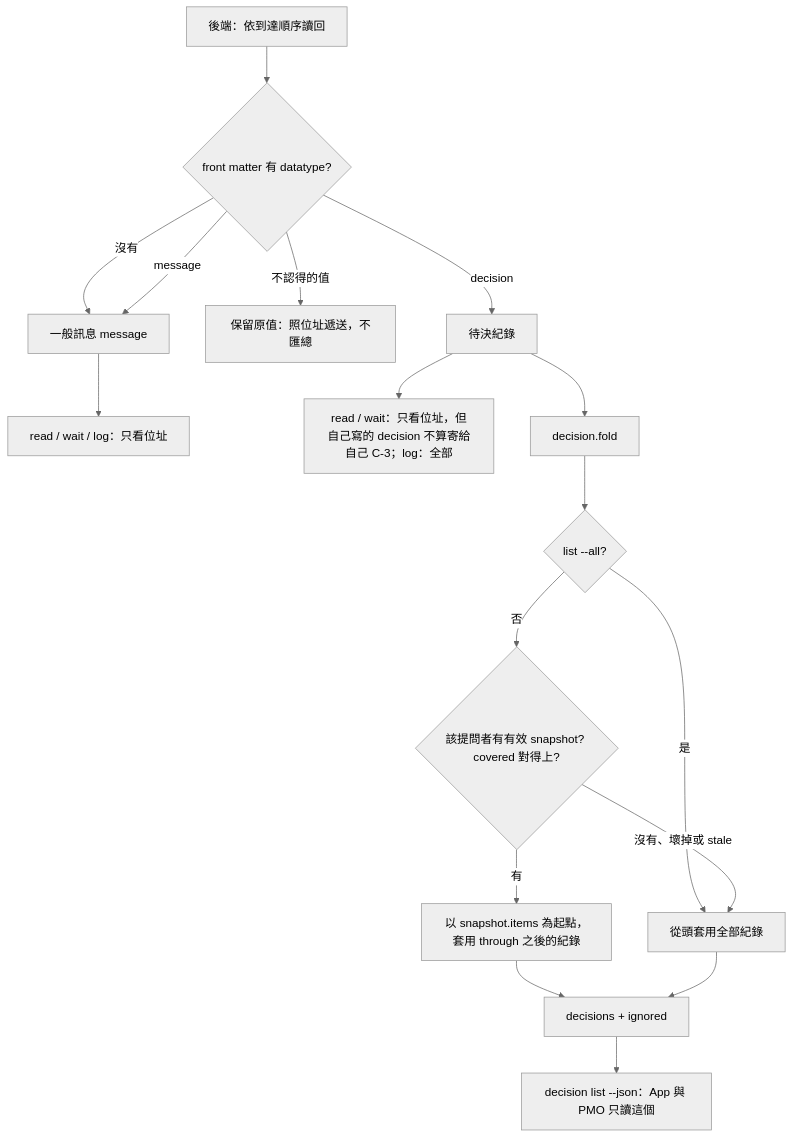
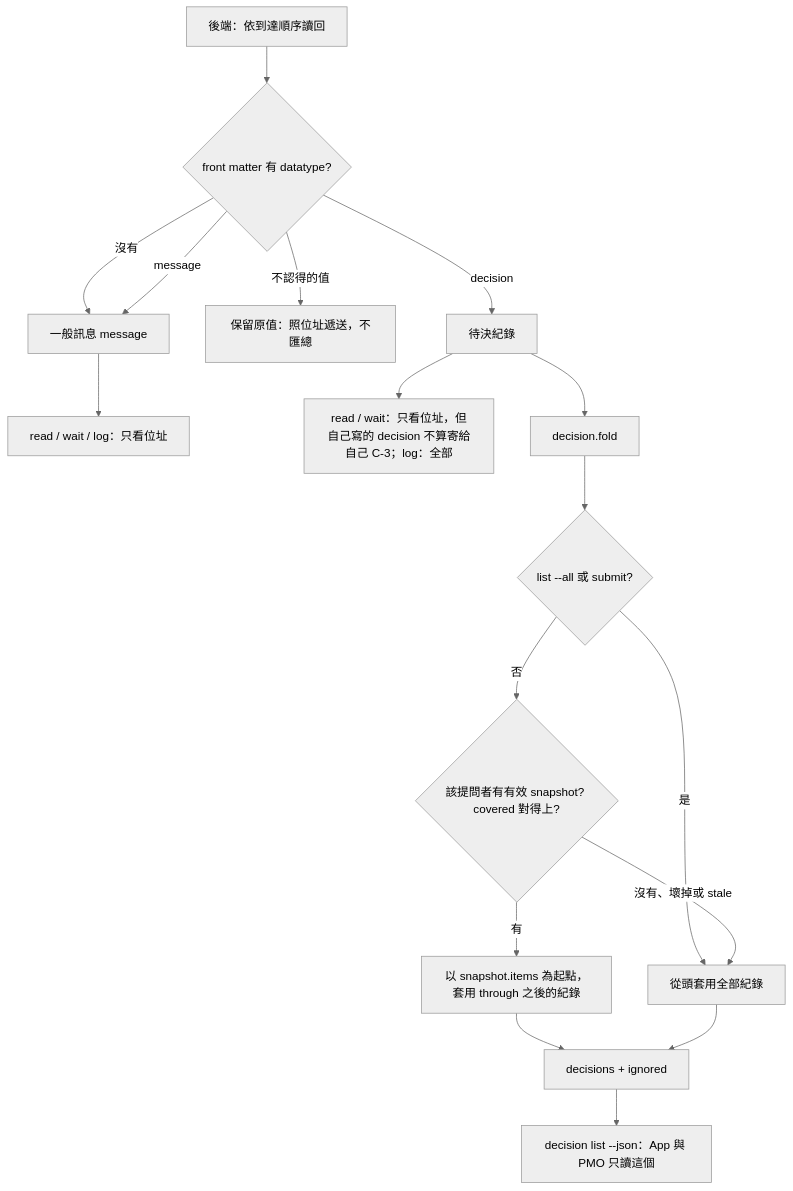
The first of 3 diagrams in openspec/changes/angareion-pending-decision/design.md (FATESAIKOU/MyAiStorage), drawn with Mermaid (neutral theme) before and after one commit. The commit also changed other lines of this file, not shown here.

Commit message:
design: #468 fix round 3 (submit plans on the full fold; rerun-skip compares base and checks duplicate refs first; unique-marker through in C-16/C-26)

````diff
--- a/openspec/changes/angareion-pending-decision/design.md
+++ b/openspec/changes/angareion-pending-decision/design.md
@@ -707,19 +735,19 @@
 ```mermaid
 flowchart TD
   A[後端：依到達順序讀回] --> B{front matter 有 datatype?}
   B -- 沒有 --> M[一般訊息 message]
   B -- message --> M
   B -- 不認得的值 --> U[保留原值：照位址遞送，不匯總]
   B -- decision --> D[待決紀錄]
   M --> R[read / wait / log：只看位址]
   D --> R2[read / wait：只看位址，但自己寫的 decision 不算寄給自己 C-3；log：全部]
   D --> F[decision.fold]
-  F --> A2{list --all?}
+  F --> A2{list --all 或 submit?}
   A2 -- 是 --> S2
   A2 -- 否 --> S{該提問者有有效 snapshot? covered 對得上?}
   S -- 有 --> S1[以 snapshot.items 為起點，套用 through 之後的紀錄]
   S -- 沒有、壞掉或 stale --> S2[從頭套用全部紀錄]
   S1 --> O[decisions + ignored]
   S2 --> O
   O --> L[decision list --json：App 與 PMO 只讀這個]
 ```
````
